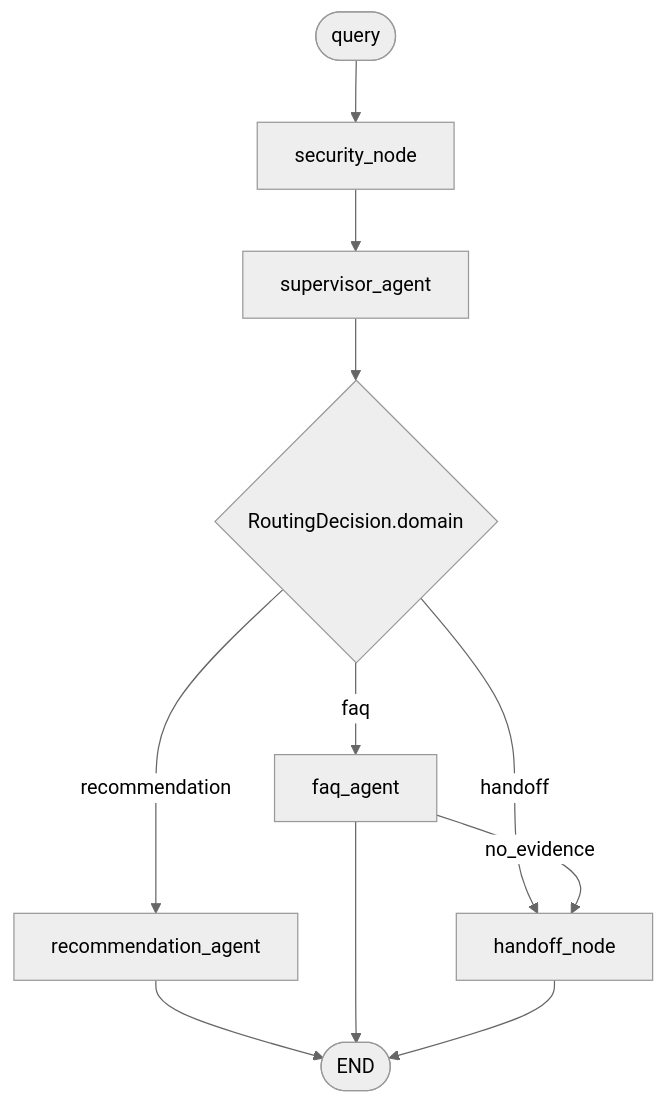
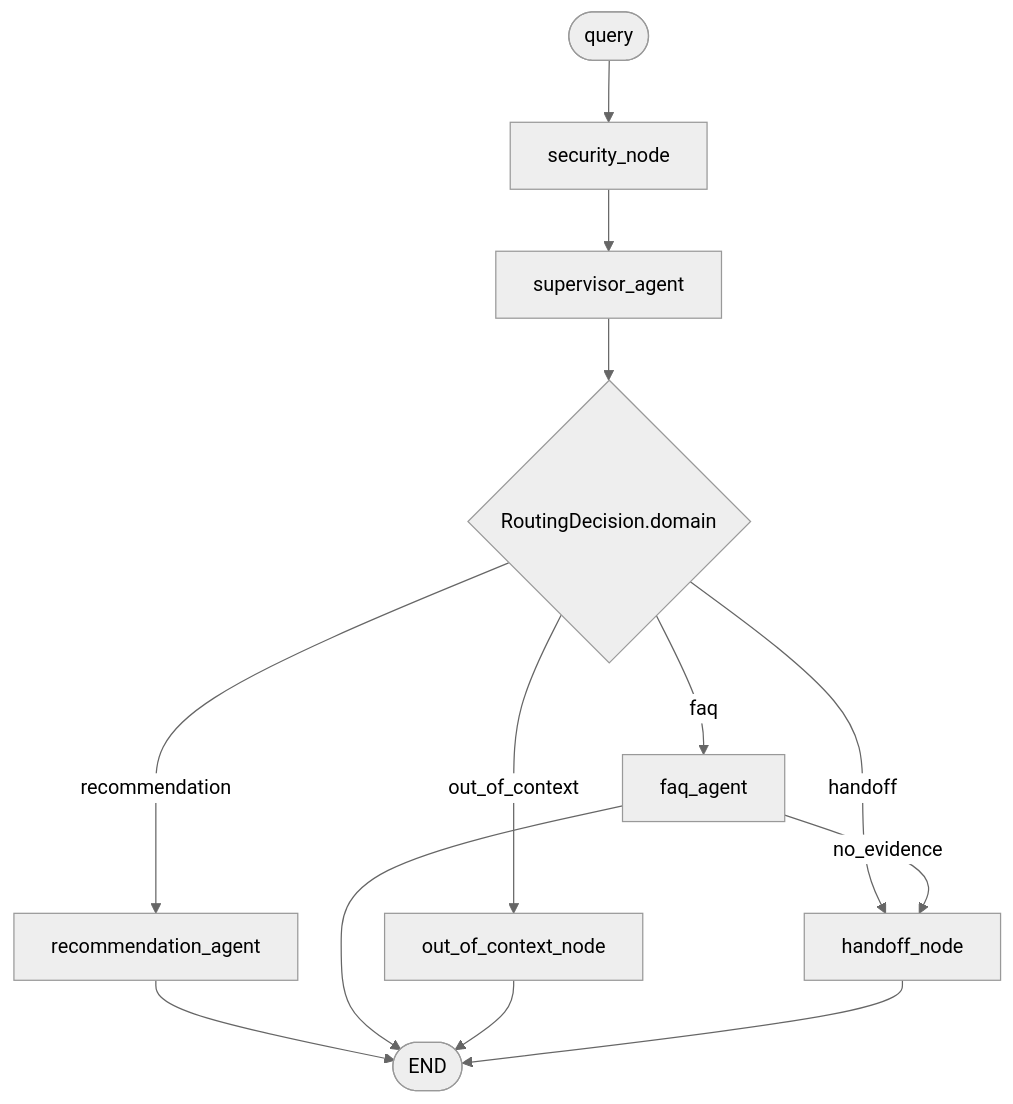
One commit to andluizsouza/unicamp-llm-agents changed the first of 3 diagrams in recfair/docs/architecture.md. Above: the diagram before and after it, drawn with Mermaid (neutral theme). The commit also changed other lines of this file and 45 other files, not shown here.

````diff
--- a/recfair/docs/architecture.md
+++ b/recfair/docs/architecture.md
@@ -71,13 +71,15 @@
 ```mermaid
 flowchart TD
     START([query]) --> SEC[security_node]
     SEC --> SUP[supervisor_agent]
     SUP --> ROUTE{RoutingDecision.domain}
     ROUTE -->|recommendation| REC[recommendation_agent]
     ROUTE -->|faq| FAQ[faq_agent]
+    ROUTE -->|out_of_context| OOC[out_of_context_node]
     ROUTE -->|handoff| HO[handoff_node]
     FAQ -->|no_evidence| HO
     REC --> END([END])
     FAQ --> END
+    OOC --> END
     HO --> END
 ```
````
